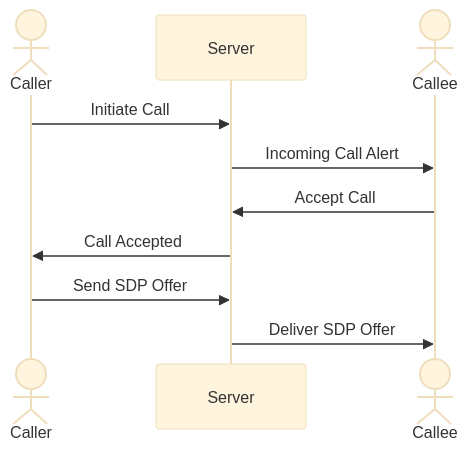
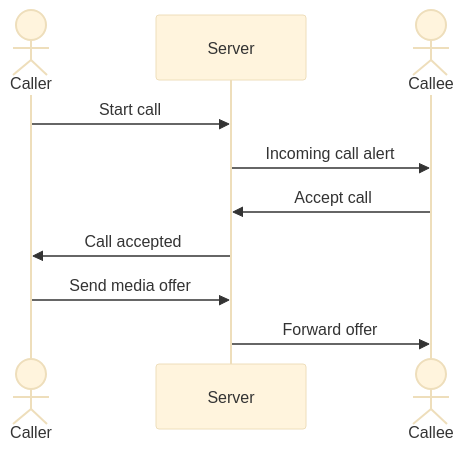
The third of 4 diagrams in server/README.md (obed-smart/Huddle), drawn with Mermaid (base theme) before and after one commit. The commit also changed other lines of this file and 12 other files, not shown here.

````diff
--- a/server/README.md
+++ b/server/README.md
@@ -38,13 +58,13 @@
 ```mermaid
 sequenceDiagram
   actor Caller
   participant Server
   actor Callee
 
-  Caller->>Server: Initiate Call
-  Server->>Callee: Incoming Call Alert
-  Callee->>Server: Accept Call
-  Server->>Caller: Call Accepted
-  Caller->>Server: Send SDP Offer
-  Server->>Callee: Deliver SDP Offer
+  Caller->>Server: Start call
+  Server->>Callee: Incoming call alert
+  Callee->>Server: Accept call
+  Server->>Caller: Call accepted
+  Caller->>Server: Send media offer
+  Server->>Callee: Forward offer
 ```
````
